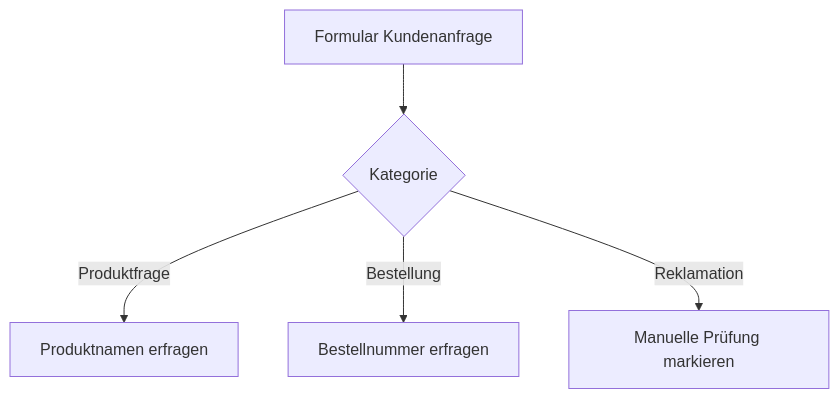
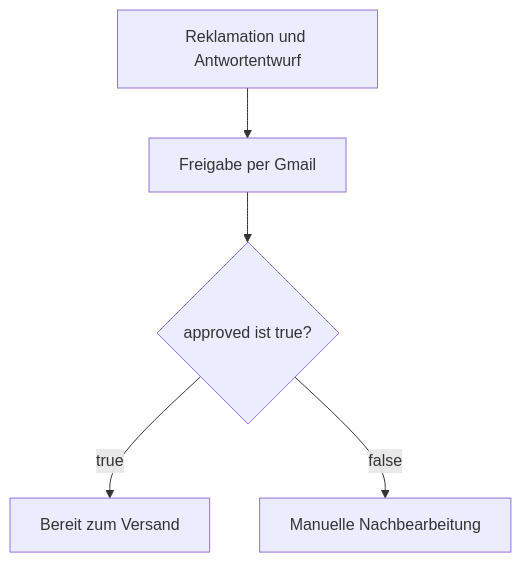
One commit to ines-laurenyamat-a11y/n8n-kundenanfragen-kosmetikmarke changed the diagram in README.md. Above: the diagram before and after it, drawn with Mermaid. The commit also changed other lines of this file and 6 other files, not shown here.

````diff
--- a/README.md
+++ b/README.md
@@ -22,7 +36,7 @@
 ```mermaid
 flowchart TD
-    A["Formular Kundenanfrage"] --> B{"Kategorie"}
-    B -->|Produktfrage| C["Produktnamen erfragen"]
-    B -->|Bestellung| D["Bestellnummer erfragen"]
-    B -->|Reklamation| E["Manuelle Prüfung markieren"]
+    A["Reklamation und Antwortentwurf"] --> B["Freigabe per Gmail"]
+    B --> C{"approved ist true?"}
+    C -->|true| D["Bereit zum Versand"]
+    C -->|false| E["Manuelle Nachbearbeitung"]
 ```
````
